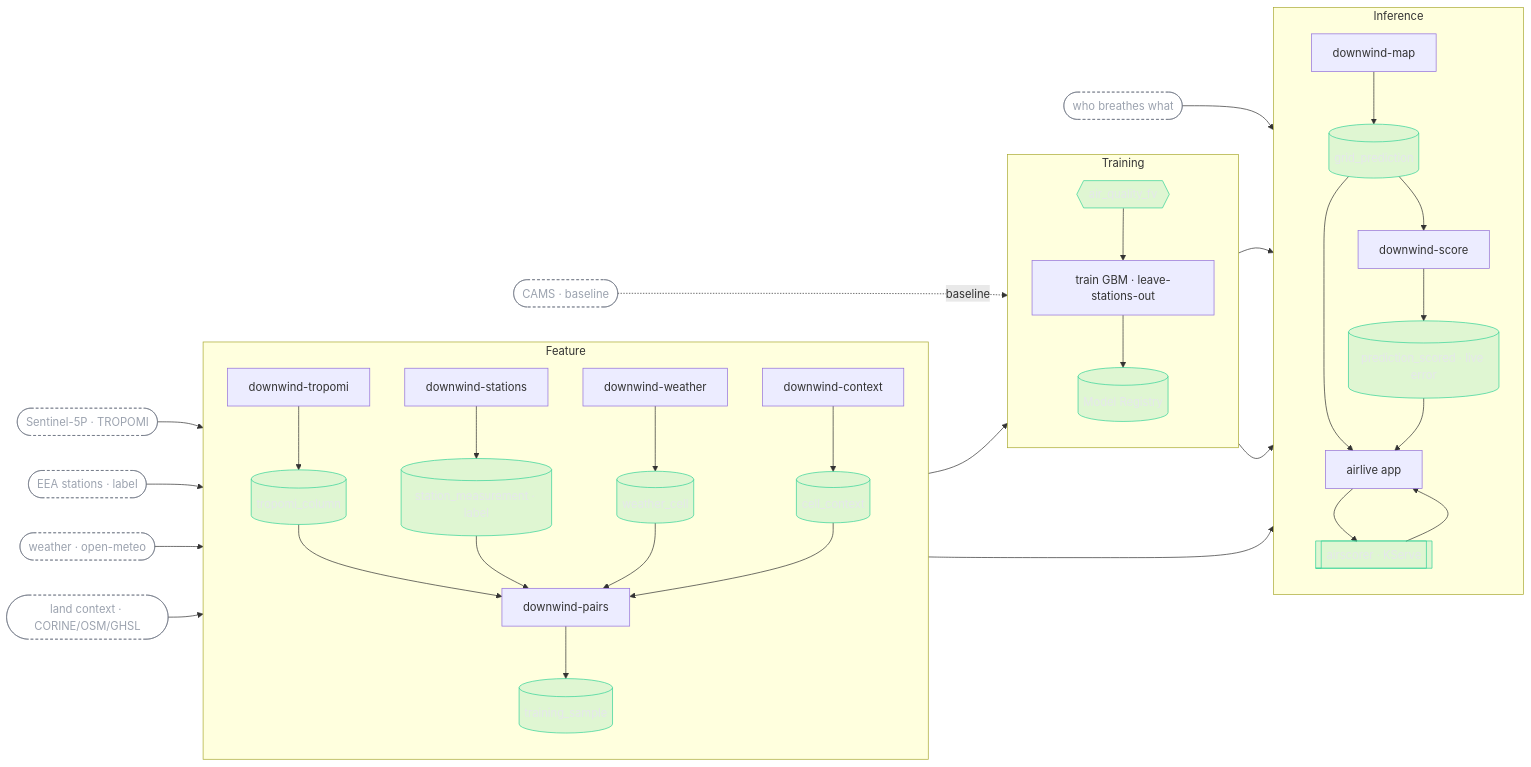
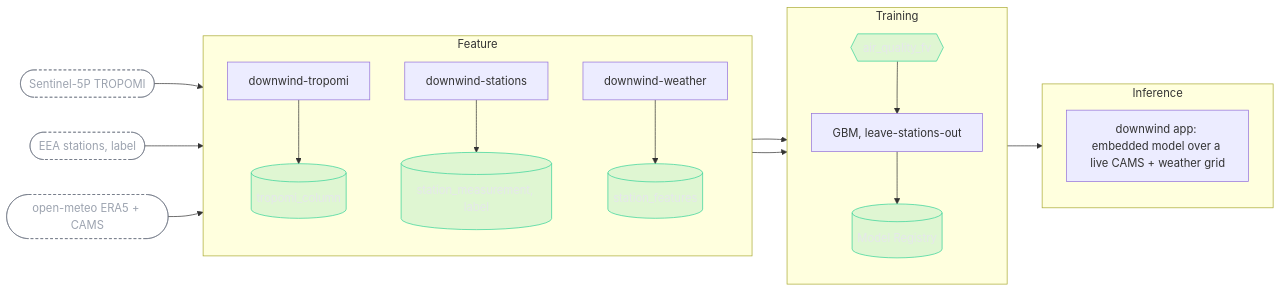
One commit to MagicLex/downwind changed the diagram in README.md. Above: the diagram before and after it, drawn with Mermaid. The commit also changed other lines of this file and 4 other files, not shown here.

````diff
--- a/README.md
+++ b/README.md
@@ -41,49 +58,31 @@
 ```mermaid
 flowchart LR
-    trop([Sentinel-5P · TROPOMI]):::ext
-    sta([EEA stations · label]):::ext
-    wx([weather · open-meteo]):::ext
-    ctx([land context · CORINE/OSM/GHSL]):::ext
-    cams([CAMS · baseline]):::ext
+    trop([Sentinel-5P TROPOMI]):::ext
+    sta([EEA stations, label]):::ext
+    wx([open-meteo ERA5 + CAMS]):::ext
 
     subgraph FE[Feature]
         direction TB
         f1[downwind-tropomi] --> tc[(tropomi_column)]:::hops
-        f2[downwind-stations] --> sm[(station_measurement · label)]:::hops
-        f3[downwind-weather] --> wc[(weather_cell)]:::hops
-        f4[downwind-context] --> cc[(cell_context)]:::hops
-        tc --> f5[downwind-pairs]
-        sm --> f5
-        wc --> f5
-        cc --> f5
-        f5 --> ts[(training_sample)]:::hops
+        f2[downwind-stations] --> sm[(station_measurement, label)]:::hops
+        f3[downwind-weather] --> sf[(station_features)]:::hops
     end
     subgraph TR[Training]
         direction TB
-        fv{{air_quality_fv}}:::hops --> t1[train GBM · leave-stations-out] --> reg[(Model Registry)]:::hops
+        fv{{air_quality_fv}}:::hops --> t1[GBM, leave-stations-out] --> reg[(Model Registry)]:::hops
     end
     subgraph INF[Inference]
         direction TB
-        map[downwind-map] --> gp[(grid_prediction)]:::hops
-        ep[[airscorer · KServe]]:::hops
-        gp --> app[airlive app]
-        ep --> app
-        sc[downwind-score] --> ps[(prediction_scored · live error)]:::hops
-        ps --> app
+        app[downwind app: embedded model over a live CAMS + weather grid]
     end
 
     trop --> f1
     sta --> f2
     wx --> f3
-    ctx --> f4
-    cams -. baseline .-> t1
-    ts --> fv
-    reg --> map
-    reg --> ep
-    gp --> sc
-    sm --> sc
-    who([who breathes what]):::ext --> app --> ep
+    sm --> fv
+    sf --> fv
+    reg --> app
 
     classDef hops fill:#10b98122,stroke:#34d399,color:#e5e7eb;
     classDef ext fill:none,stroke:#6b7280,color:#9ca3af,stroke-dasharray:4 3;
 ```
````
